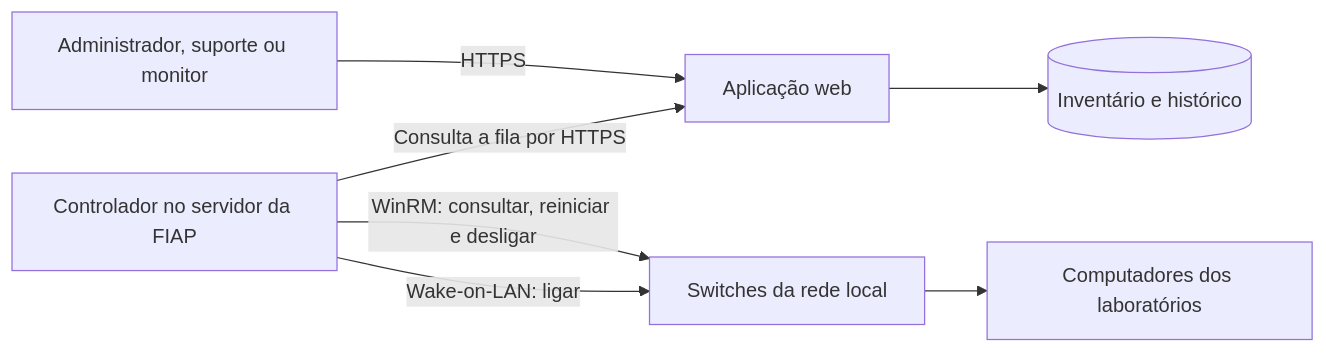
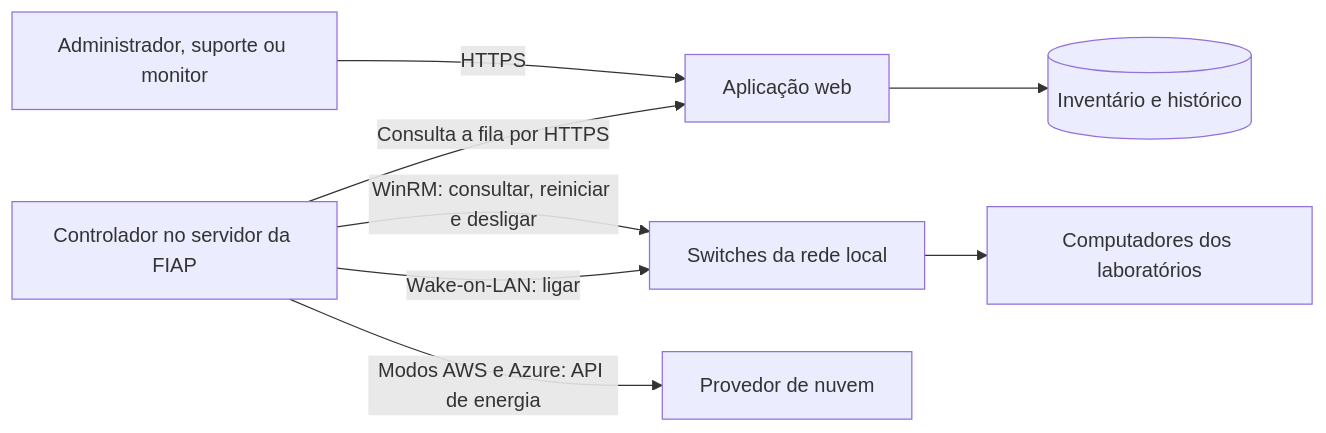
Before and after one commit to 5forzin/fiap-switch: the diagram in README.md, drawn with Mermaid. The commit also changed other lines of this file and 23 other files, not shown here.

Commit message:
Adiciona descoberta automática e instalação para FIAP, AWS e Azure

````diff
--- a/README.md
+++ b/README.md
@@ -89,9 +91,10 @@
 ```mermaid
 flowchart LR
     U[Administrador, suporte ou monitor] -->|HTTPS| W[Aplicação web]
     C[Controlador no servidor da FIAP] -->|Consulta a fila por HTTPS| W
     W --> D[(Inventário e histórico)]
     C -->|WinRM: consultar, reiniciar e desligar| S[Switches da rede local]
     C -->|Wake-on-LAN: ligar| S
+    C -->|Modos AWS e Azure: API de energia| N[Provedor de nuvem]
     S --> P[Computadores dos laboratórios]
 ```
````
